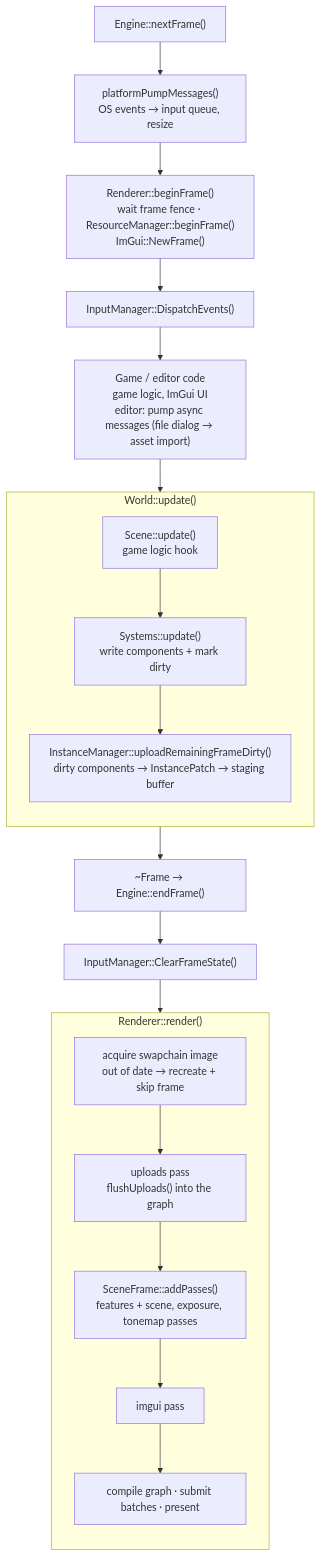
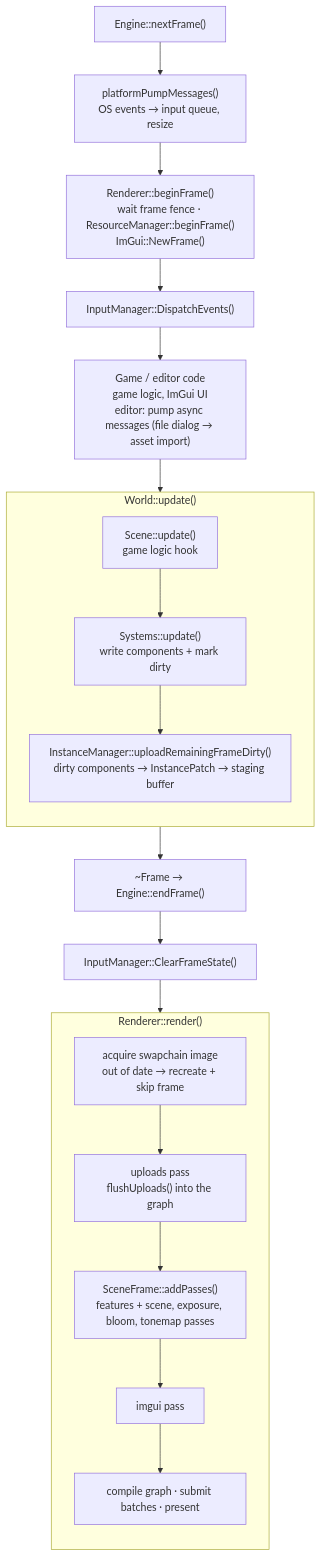
Before and after one commit to Batap2/Batap-Engine: the second of 4 diagrams in docs/engine.md, drawn with Mermaid. The commit also changed other lines of this file and 13 other files, not shown here.

Commit message:
Bloom: Jimenez down/upsample chain added before tonemap, Camera_C knobs

````diff
--- a/docs/engine.md
+++ b/docs/engine.md
@@ -41,26 +41,26 @@
 ```mermaid
 flowchart TD
     NF["Engine::nextFrame()"] --> PM["platformPumpMessages()<br/>OS events → input queue, resize"]
     PM --> BIF["Renderer::beginFrame()<br/>wait frame fence · ResourceManager::beginFrame()<br/>ImGui::NewFrame()"]
     BIF --> DE["InputManager::DispatchEvents()"]
     DE --> GAME["Game / editor code<br/>game logic, ImGui UI<br/>editor: pump async messages (file dialog → asset import)"]
     GAME --> WU
 
     subgraph WU["World::update()"]
         direction TB
         SU["Scene::update()<br/>game logic hook"] --> SY["Systems::update()<br/>write components + mark dirty"]
         SY --> UD["InstanceManager::uploadRemainingFrameDirty()<br/>dirty components → InstancePatch → staging buffer"]
     end
 
     WU --> EF["~Frame → Engine::endFrame()"]
     EF --> CS["InputManager::ClearFrameState()"]
     CS --> RR
 
     subgraph RR["Renderer::render()"]
         direction TB
         AC["acquire swapchain image<br/>out of date → recreate + skip frame"] --> FU["uploads pass<br/>flushUploads() into the graph"]
-        FU --> REC["SceneFrame::addPasses()<br/>features + scene, exposure, tonemap passes"]
+        FU --> REC["SceneFrame::addPasses()<br/>features + scene, exposure, bloom, tonemap passes"]
         REC --> IMG["imgui pass"]
         IMG --> SP["compile graph · submit batches · present"]
     end
 ```
````
